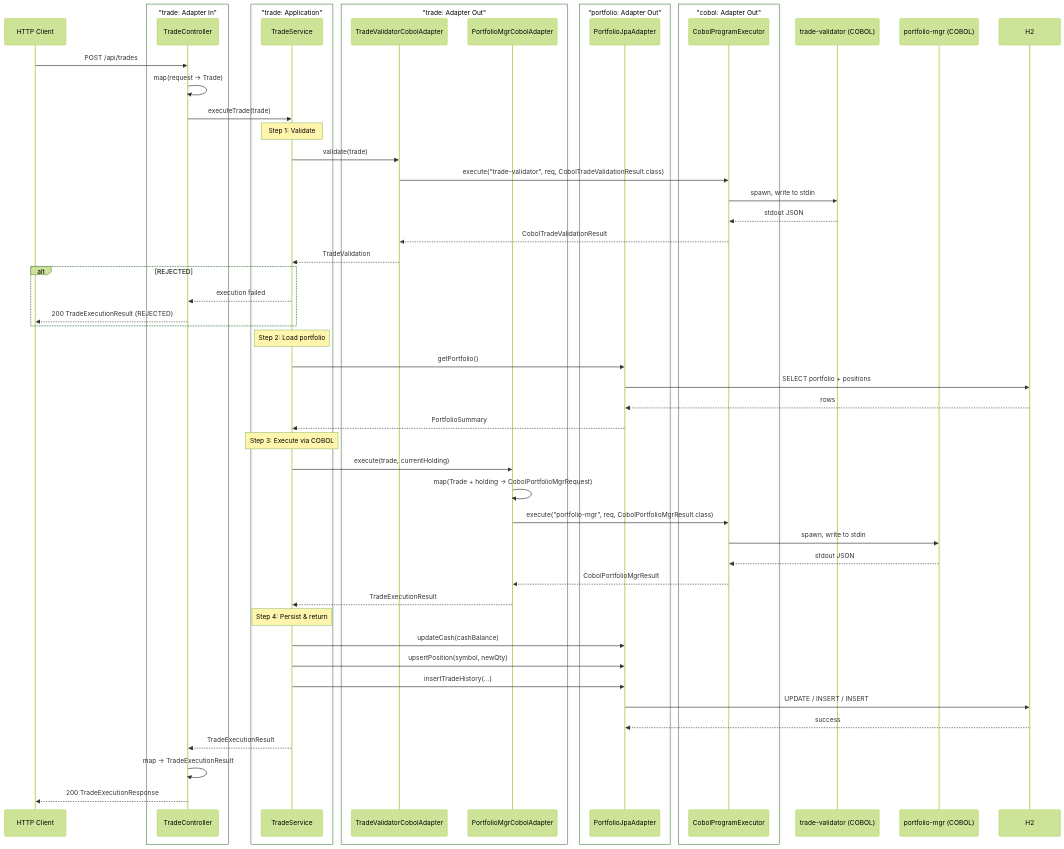
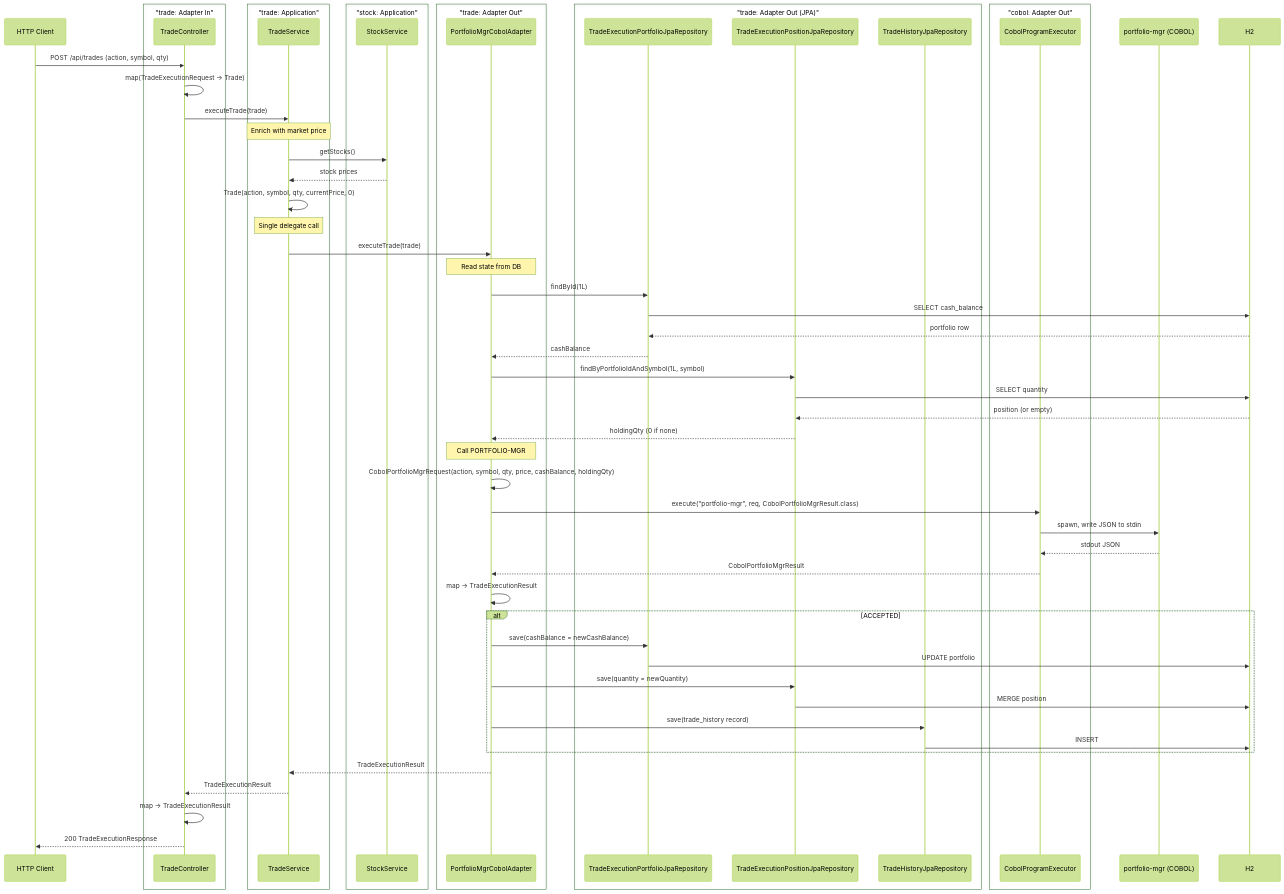
The eighth of 11 diagrams in stonks_java/README.md (franBec/stonks-simulator), drawn with Mermaid (forest theme) before and after one commit. The commit also changed other lines of this file and 5 other files, not shown here.

First line of the commit message:
Add OpenAPI spec + modulith wiring for trade execution and history

````diff
--- a/stonks_java/README.md
+++ b/stonks_java/README.md
@@ -277,65 +282,71 @@
 ```mermaid
 sequenceDiagram
     participant Client as HTTP Client
     box "trade: Adapter In"
     participant TC as TradeController
     end
     box "trade: Application"
     participant TS as TradeService
     end
+    box "stock: Application"
+    participant SS as StockService
+    end
     box "trade: Adapter Out"
-    participant TVA as TradeValidatorCobolAdapter
     participant PMA as PortfolioMgrCobolAdapter
     end
-    box "portfolio: Adapter Out"
-    participant PJA as PortfolioJpaAdapter
+    box "trade: Adapter Out (JPA)"
+    participant TEPR as TradeExecutionPortfolioJpaRepository
+    participant TEPR2 as TradeExecutionPositionJpaRepository
+    participant THR as TradeHistoryJpaRepository
     end
     box "cobol: Adapter Out"
     participant CPE as CobolProgramExecutor
     end
-    participant TV as trade-validator (COBOL)
-    participant PM as portfolio-mgr (COBOL)
+    participant COBOL as portfolio-mgr (COBOL)
     participant DB as H2
 
-    Client->>TC: POST /api/trades
-    TC->>TC: map(request → Trade)
+    Client->>TC: POST /api/trades (action, symbol, qty)
+    TC->>TC: map(TradeExecutionRequest → Trade)
     TC->>TS: executeTrade(trade)
 
-    Note over TS: Step 1: Validate
-    TS->>TVA: validate(trade)
-    TVA->>CPE: execute("trade-validator", req, CobolTradeValidationResult.class)
-    CPE->>TV: spawn, write to stdin
-    TV-->>CPE: stdout JSON
-    CPE-->>TVA: CobolTradeValidationResult
-    TVA-->>TS: TradeValidation
-    alt REJECTED
-        TS-->>TC: execution failed
-        TC-->>Client: 200 TradeExecutionResult (REJECTED)
+    Note over TS: Enrich with market price
+    TS->>SS: getStocks()
+    SS-->>TS: stock prices
+    TS->>TS: Trade(action, symbol, qty, currentPrice, 0)
+
+    Note over TS: Single delegate call
+    TS->>PMA: executeTrade(trade)
+
+    Note over PMA: Read state from DB
+    PMA->>TEPR: findById(1L)
+    TEPR->>DB: SELECT cash_balance
+    DB-->>TEPR: portfolio row
+    TEPR-->>PMA: cashBalance
+
+    PMA->>TEPR2: findByPortfolioIdAndSymbol(1L, symbol)
+    TEPR2->>DB: SELECT quantity
+    DB-->>TEPR2: position (or empty)
+    TEPR2-->>PMA: holdingQty (0 if none)
+
+    Note over PMA: Call PORTFOLIO-MGR
+    PMA->>PMA: CobolPortfolioMgrRequest(action, symbol, qty, price, cashBalance, holdingQty)
+    PMA->>CPE: execute("portfolio-mgr", req, CobolPortfolioMgrResult.class)
+    CPE->>COBOL: spawn, write JSON to stdin
+    COBOL-->>CPE: stdout JSON
+    CPE-->>PMA: CobolPortfolioMgrResult
+    PMA->>PMA: map → TradeExecutionResult
+
+    alt ACCEPTED
+        PMA->>TEPR: save(cashBalance = newCashBalance)
+        TEPR->>DB: UPDATE portfolio
+        PMA->>TEPR2: save(quantity = newQuantity)
+        TEPR2->>DB: MERGE position
+        PMA->>THR: save(trade_history record)
+        THR->>DB: INSERT
     end
 
-    Note over TS: Step 2: Load portfolio
-    TS->>PJA: getPortfolio()
-    PJA->>DB: SELECT portfolio + positions
-    DB-->>PJA: rows
-    PJA-->>TS: PortfolioSummary
-
-    Note over TS: Step 3: Execute via COBOL
-    TS->>PMA: execute(trade, currentHolding)
-    PMA->>PMA: map(Trade + holding → CobolPortfolioMgrRequest)
-    PMA->>CPE: execute("portfolio-mgr", req, CobolPortfolioMgrResult.class)
-    CPE->>PM: spawn, write to stdin
-    PM-->>CPE: stdout JSON
-    CPE-->>PMA: CobolPortfolioMgrResult
     PMA-->>TS: TradeExecutionResult
-
-    Note over TS: Step 4: Persist & return
-    TS->>PJA: updateCash(cashBalance)
-    TS->>PJA: upsertPosition(symbol, newQty)
-    TS->>PJA: insertTradeHistory(...)
-    PJA->>DB: UPDATE / INSERT / INSERT
-    DB-->>PJA: success
-
     TS-->>TC: TradeExecutionResult
     TC->>TC: map → TradeExecutionResult
     TC-->>Client: 200 TradeExecutionResponse
 ```
````
